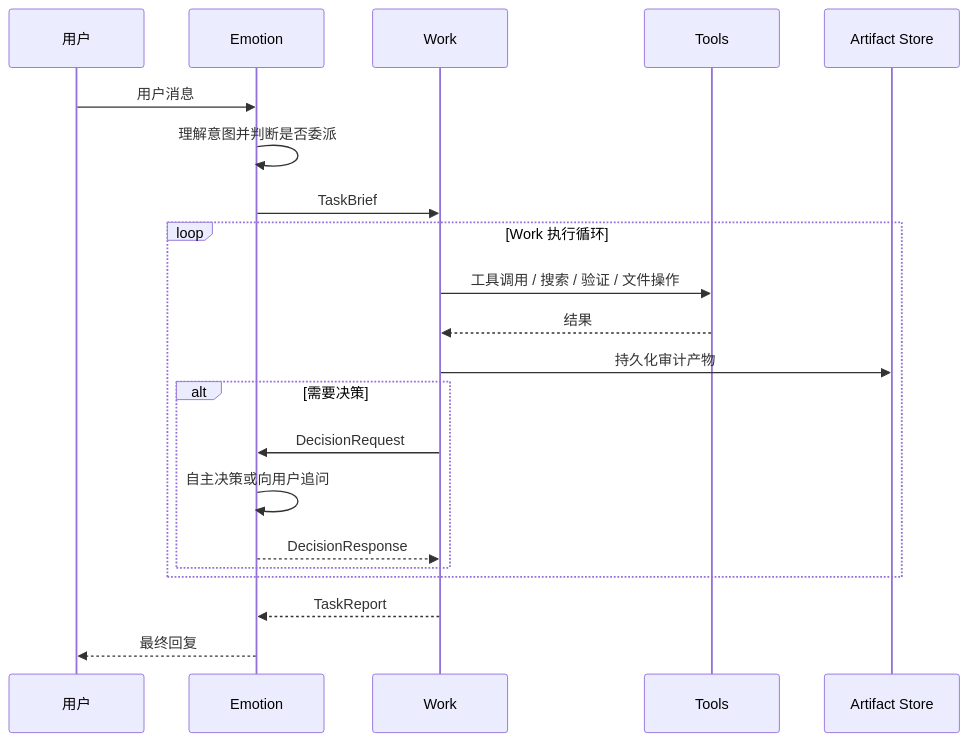
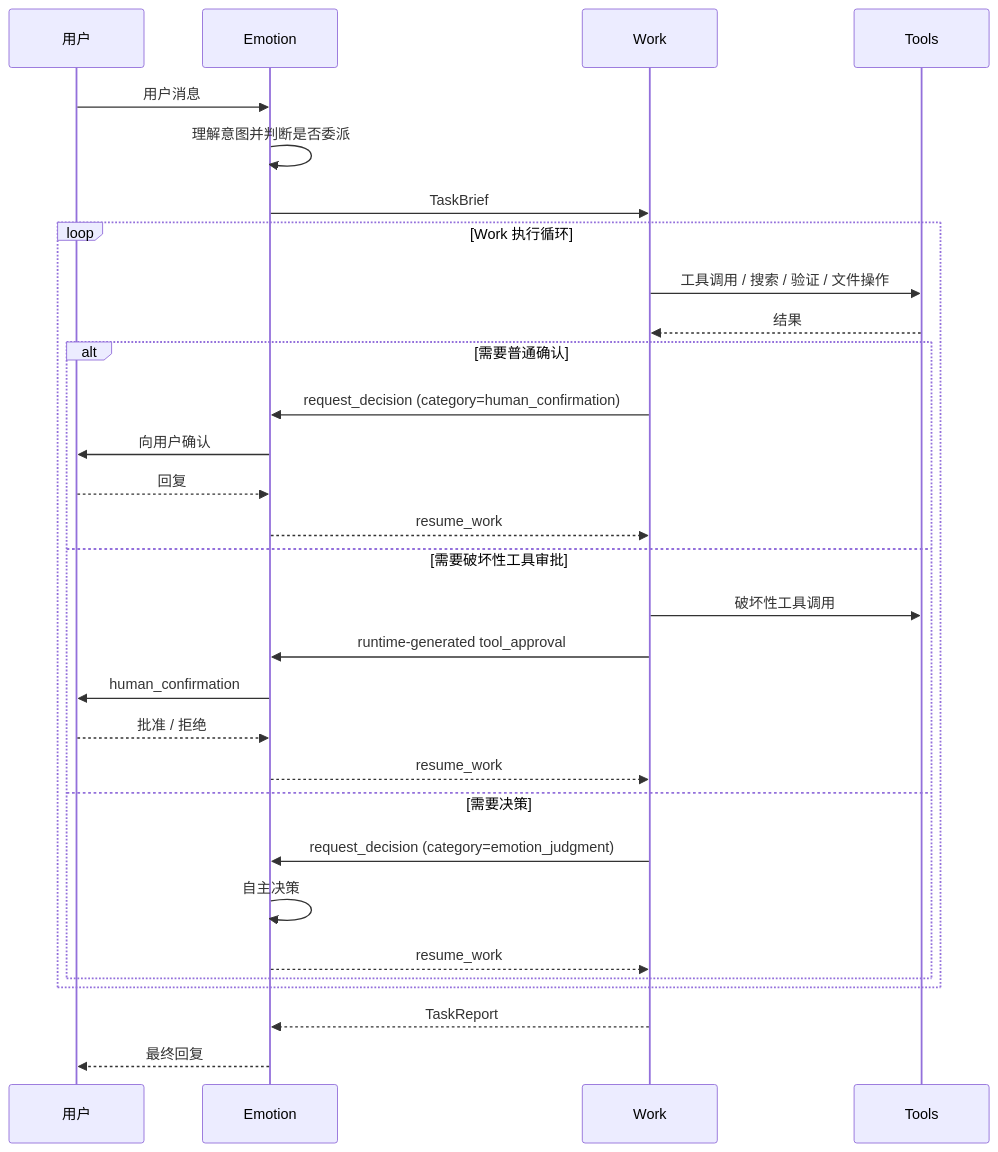
One commit to LongYiSang/EmoAgent changed the third of 4 diagrams in docs/architecture/设计方案.md. Above: the diagram before and after it, drawn with Mermaid. The commit also changed other lines of this file and 3 other files, not shown here.

````diff
--- a/docs/architecture/设计方案.md
+++ b/docs/architecture/设计方案.md
@@ -238,24 +239,33 @@
 ```mermaid
 sequenceDiagram
     participant U as 用户
     participant E as Emotion
     participant W as Work
     participant T as Tools
-    participant A as Artifact Store
 
     U->>E: 用户消息
     E->>E: 理解意图并判断是否委派
     E->>W: TaskBrief
     loop Work 执行循环
         W->>T: 工具调用 / 搜索 / 验证 / 文件操作
         T-->>W: 结果
-        W->>A: 持久化审计产物
-        alt 需要决策
-            W->>E: DecisionRequest
-            E->>E: 自主决策或向用户追问
-            E-->>W: DecisionResponse
+        alt 需要普通确认
+            W->>E: request_decision (category=human_confirmation)
+            E->>U: 向用户确认
+            U-->>E: 回复
+            E-->>W: resume_work
+        else 需要破坏性工具审批
+            W->>T: 破坏性工具调用
+            W->>E: runtime-generated tool_approval
+            E->>U: human_confirmation
+            U-->>E: 批准 / 拒绝
+            E-->>W: resume_work
+        else 需要决策
+            W->>E: request_decision (category=emotion_judgment)
+            E->>E: 自主决策
+            E-->>W: resume_work
         end
     end
     W-->>E: TaskReport
     E-->>U: 最终回复
 ```
````
